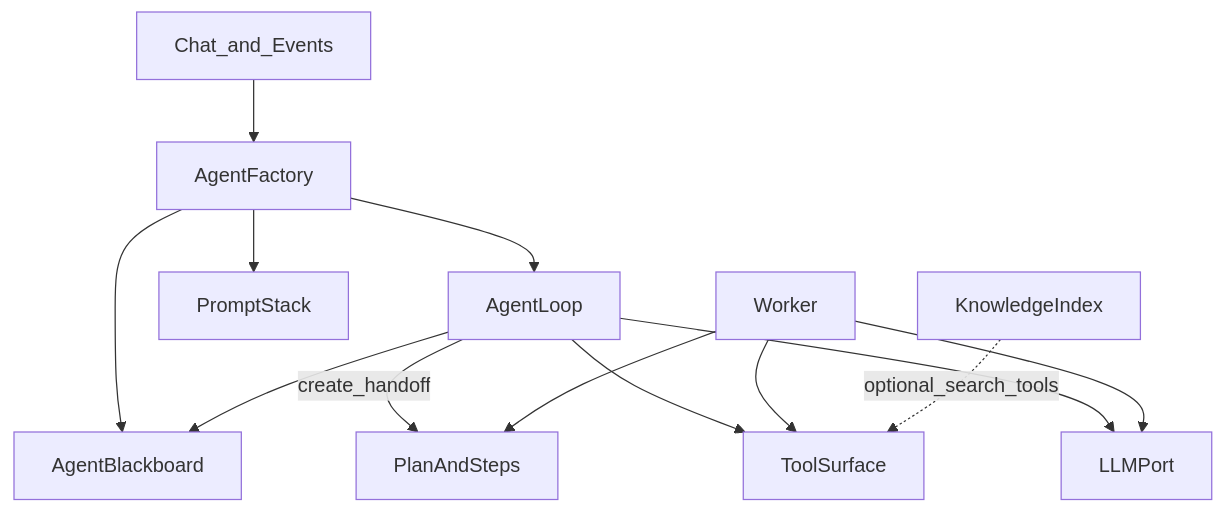
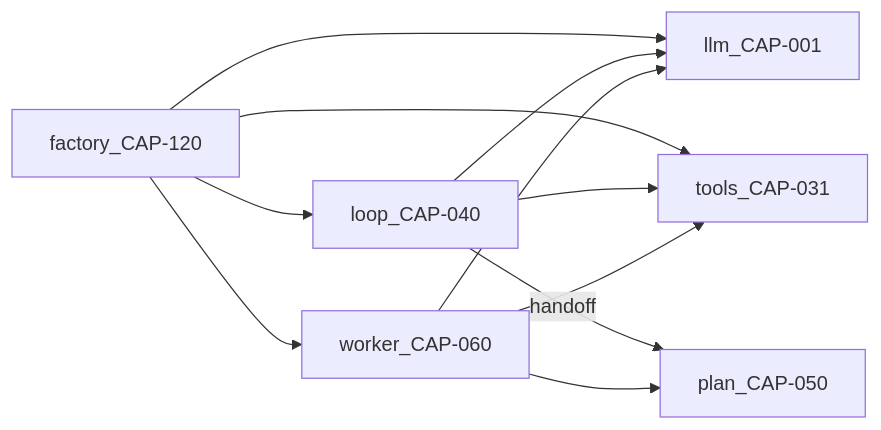
The diagram in .cursor/playbooks/edda/artifacts/56-AI_Agent_Reference_Architecture.md (FeatureFactory-io/yggdrasil), drawn with Mermaid before and after one commit. The commit also changed other lines of this file and 71 other files, not shown here.

````diff
--- a/.cursor/playbooks/edda/artifacts/56-AI_Agent_Reference_Architecture.md
+++ b/.cursor/playbooks/edda/artifacts/56-AI_Agent_Reference_Architecture.md
@@ -101,26 +1906,20 @@
 ```mermaid
-flowchart TB
-  ChatEvents[Chat_and_Events]
-  Factory[AgentFactory]
-  Loop[AgentLoop]
-  Prompt[PromptStack]
-  Board[AgentBlackboard]
-  LLM[LLMPort]
-  Tools[ToolSurface]
-  Plan[PlanAndSteps]
-  Worker[Worker]
-  Knowledge[KnowledgeIndex]
+flowchart LR
+  factory[factory_CAP-120]
+  loop[loop_CAP-040]
+  worker[worker_CAP-060]
+  llm[llm_CAP-001]
+  tools[tools_CAP-031]
+  plan[plan_CAP-050]
 
-  ChatEvents --> Factory
-  Factory --> Loop
-  Factory --> Prompt
-  Factory --> Board
-  Loop --> LLM
-  Loop --> Tools
-  Loop --> Board
-  Loop -->|create_handoff| Plan
-  Worker --> Plan
-  Worker --> Tools
-  Worker --> LLM
-  Knowledge -.->|optional_search_tools| Tools
+  factory --> loop
+  factory --> worker
+  factory --> llm
+  factory --> tools
+  loop --> llm
+  loop --> tools
+  loop -->|handoff| plan
+  worker --> plan
+  worker --> tools
+  worker --> llm
 ```
````
